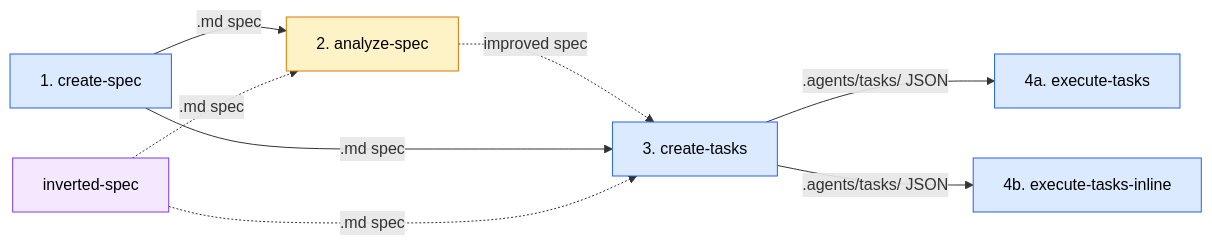
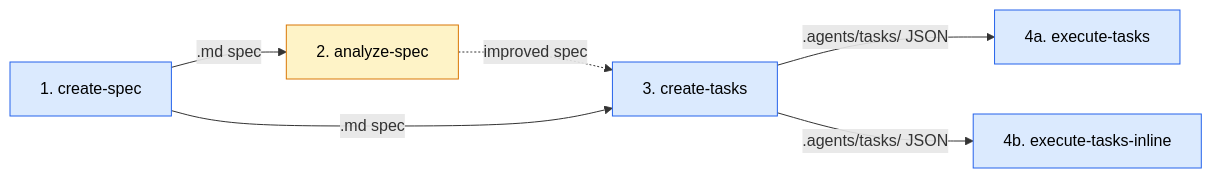
Before and after one commit to sequenzia/agent-tools: the diagram in plugins/sdd/skills/README.md, drawn with Mermaid. The commit also changed other lines of this file and 1 other file, not shown here.

````diff
--- a/plugins/sdd/skills/README.md
+++ b/plugins/sdd/skills/README.md
@@ -15,14 +15,11 @@
 ```mermaid
 flowchart LR
     CS["1. create-spec"]:::primary -->|".md spec"| AS["2. analyze-spec"]:::warning
     AS -.->|"improved spec"| CT["3. create-tasks"]:::primary
     CS -->|".md spec"| CT
     CT -->|".agents/tasks/ JSON"| ET["4a. execute-tasks"]:::primary
     CT -->|".agents/tasks/ JSON"| ETI["4b. execute-tasks-inline"]:::primary
-    IS["inverted-spec"]:::supplementary -.->|".md spec"| AS
-    IS -.->|".md spec"| CT
 
     classDef primary fill:#dbeafe,stroke:#2563eb,color:#000
     classDef warning fill:#fef3c7,stroke:#d97706,color:#000
-    classDef supplementary fill:#f3e8ff,stroke:#7c3aed,color:#000
 ```
````
